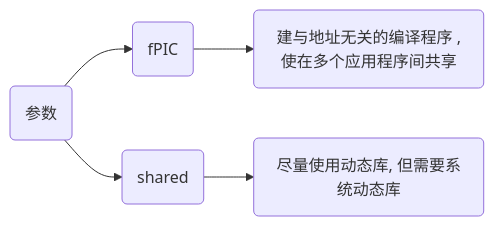
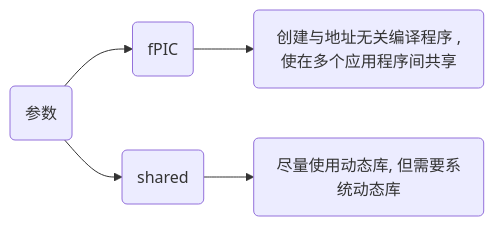
The second of 2 diagrams in _posts/Language/C&C++/Library/2023-02-28-动态库.md (dmjcb/dmjcb.github.io), drawn with Mermaid before and after one commit. The commit also changed other lines of this file and 74 other files, not shown here.

````diff
--- a/_posts/Language/C&C++/Library/2023-02-28-动态库.md
+++ b/_posts/Language/C&C++/Library/2023-02-28-动态库.md
@@ -65,6 +65,6 @@
 ```mermaid
 graph LR;
     X(参数)
-    X --> A(fPIC) --> A1(建与地址无关的编译程序 ,使在多个应用程序间共享)
+    X --> A(fPIC) --> A1(创建与地址无关编译程序 ,使在多个应用程序间共享)
     X --> B(shared) --> B1(尽量使用动态库, 但需要系统动态库)
 ```
````
